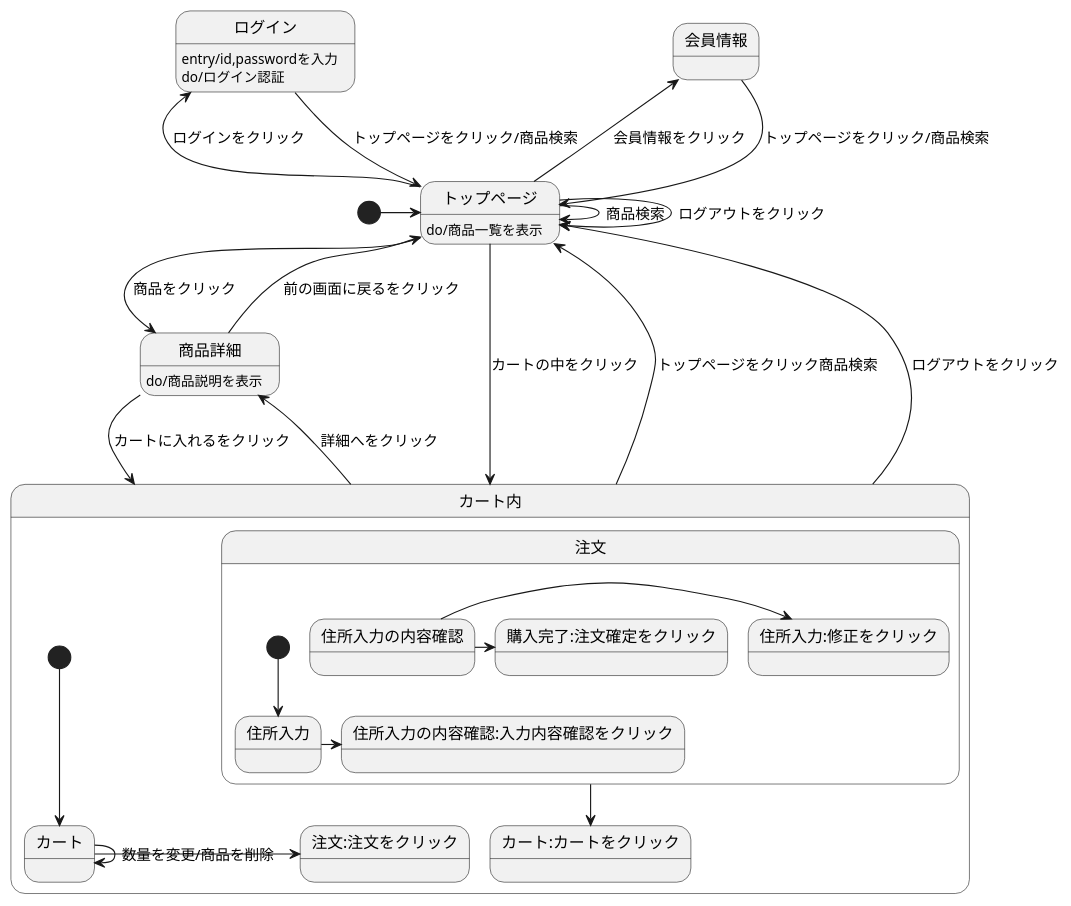
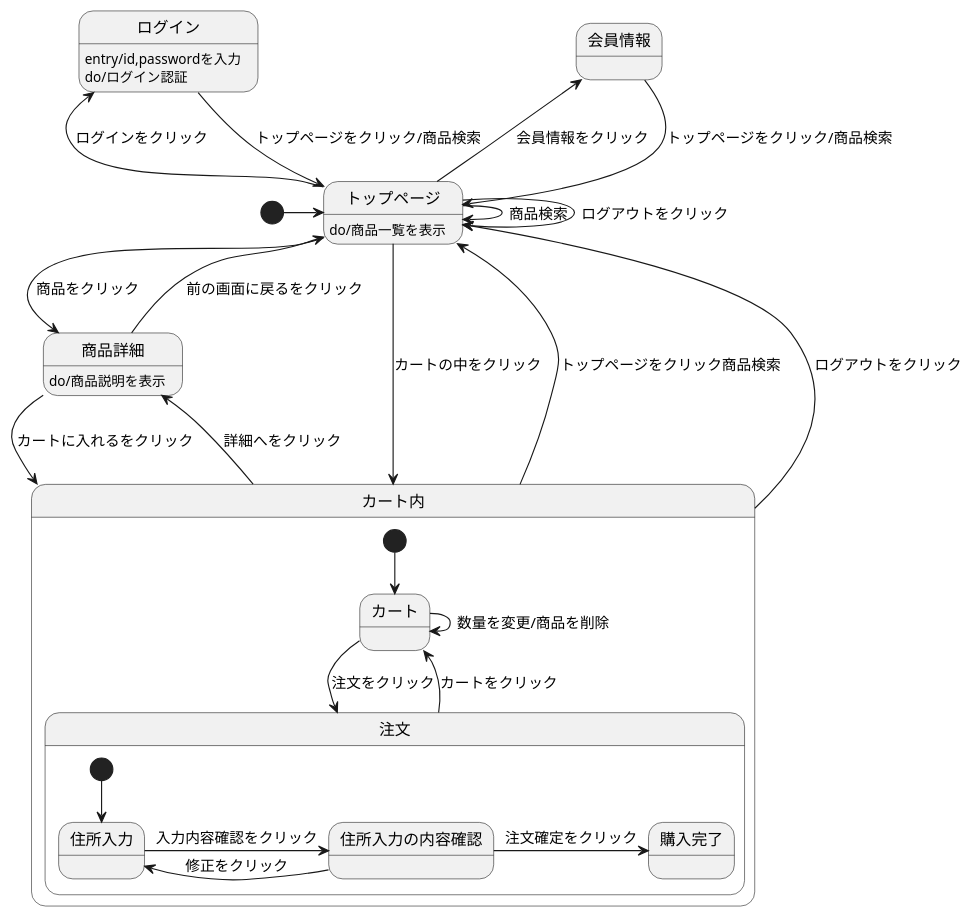
The diagram in stw.1.md (Aso2101121/2021sys-design-2), drawn with PlantUML before and after one commit.

````diff
--- a/stw.1.md
+++ b/stw.1.md
@@ -1,35 +1,35 @@
 ```uml
 @startuml
 [*] -> トップページ
 会員情報 --> トップページ : トップページをクリック/商品検索
 ログイン --> トップページ : トップページをクリック/商品検索
 ログイン : entry/id,passwordを入力
 ログイン : do/ログイン認証
 トップページ --> トップページ : ログアウトをクリック
 トップページ -> トップページ : 商品検索
 トップページ -> 商品詳細 :商品をクリック
 トップページ -left-> 会員情報 : 会員情報をクリック
 トップページ -left-> ログイン : ログインをクリック
 トップページ --> カート内 : カートの中をクリック
 トップページ : do/商品一覧を表示
 商品詳細 --> カート内 : カートに入れるをクリック
 商品詳細 --> トップページ : 前の画面に戻るをクリック
 商品詳細 : do/商品説明を表示
 カート内 -up-> トップページ : トップページをクリック商品検索
 カート内 -up-> トップページ : ログアウトをクリック
 カート内 -> 商品詳細 : 詳細へをクリック 
 
 state カート内{
  [*] --> カート
- カート -> 注文:注文をクリック
- カート -> カート:数量を変更/商品を削除
- 注文 --> カート:カートをクリック
+ カート -> 注文 : 注文をクリック
+ カート -> カート : 数量を変更/商品を削除
+ 注文 --> カート : カートをクリック
  state 注文{
   [*] --> 住所入力
-  住所入力 -> 住所入力の内容確認:入力内容確認をクリック
-  住所入力の内容確認 -> 住所入力:修正をクリック
-  住所入力の内容確認 -> 購入完了:注文確定をクリック
+  住所入力 -> 住所入力の内容確認 : 入力内容確認をクリック
+  住所入力の内容確認 -> 住所入力 : 修正をクリック
+  住所入力の内容確認 -> 購入完了 : 注文確定をクリック
  }
 }
 @enduml
 ```
````
